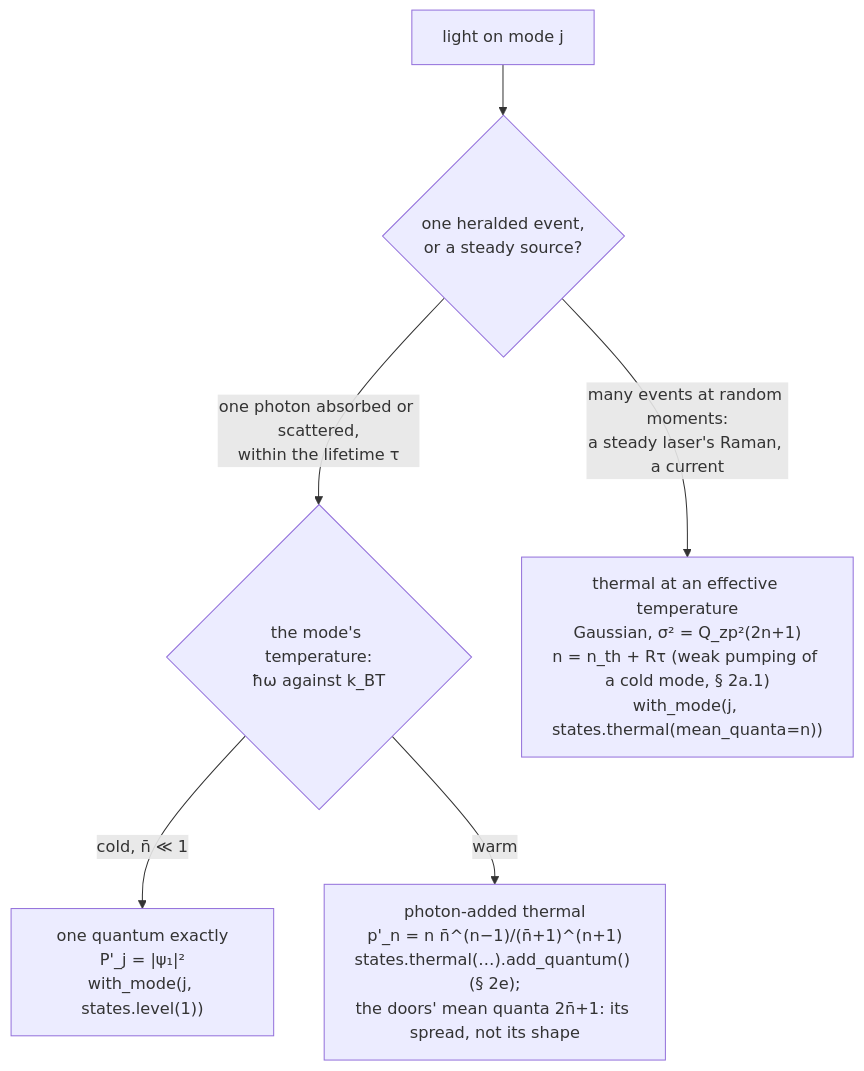
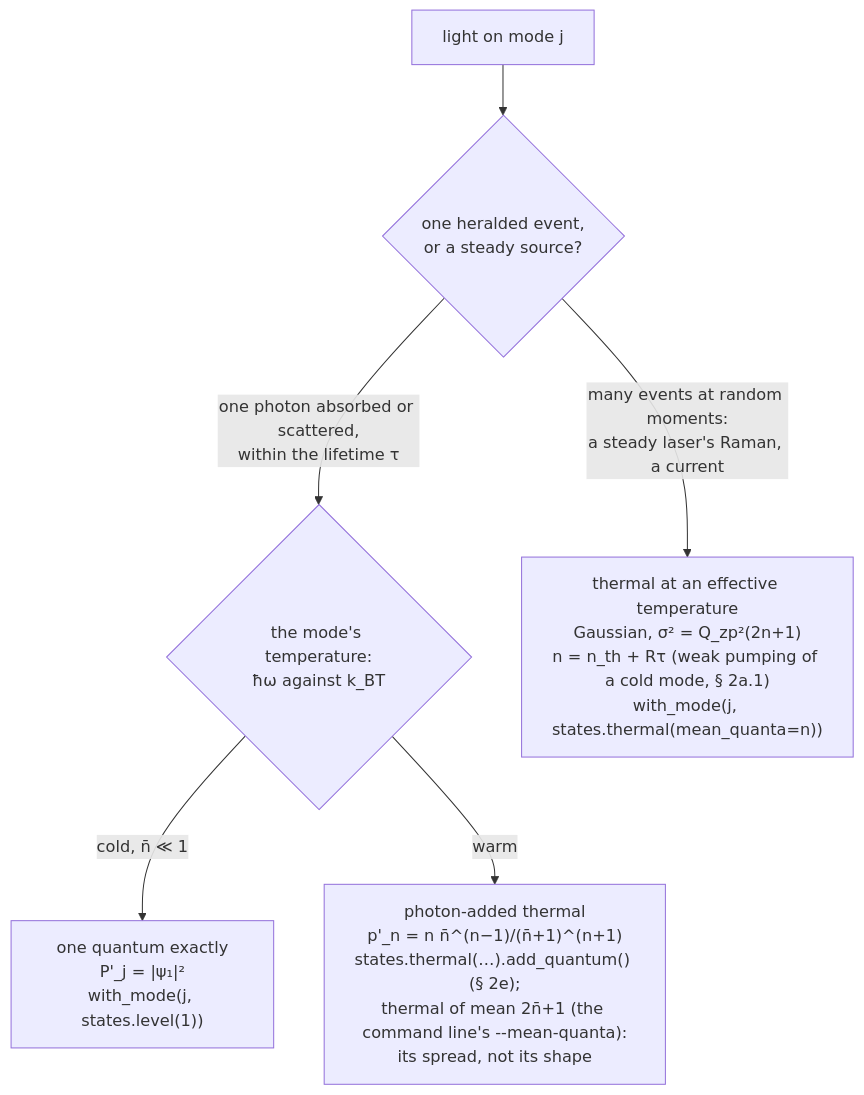
Before and after one commit to Qing-LAB/molbuilder: the fourth of 11 diagrams in docs/science/vibrational-averaging.md, drawn with Mermaid. The commit also changed other lines of this file and 53 other files, not shown here.

````diff
--- a/docs/science/vibrational-averaging.md
+++ b/docs/science/vibrational-averaging.md
@@ -1158,8 +1531,8 @@
 ```mermaid
 flowchart TD
     L["light on mode j"] --> H{"one heralded event,<br/>or a steady source?"}
     H -->|"one photon absorbed or scattered,<br/>within the lifetime τ"| W{"the mode's temperature:<br/>ħω against k_BT"}
     W -->|"cold, n̄ ≪ 1"| N1["one quantum exactly<br/>P'_j = |ψ₁|²<br/>with_mode(j, states.level(1))"]
-    W -->|"warm"| PA["photon-added thermal<br/>p'_n = n n̄^(n−1)/(n̄+1)^(n+1)<br/>states.thermal(…).add_quantum() (§ 2e);<br/>the doors' mean quanta 2n̄+1: its spread, not its shape"]
+    W -->|"warm"| PA["photon-added thermal<br/>p'_n = n n̄^(n−1)/(n̄+1)^(n+1)<br/>states.thermal(…).add_quantum() (§ 2e);<br/>thermal of mean 2n̄+1 (the command line's --mean-quanta):<br/>its spread, not its shape"]
     H -->|"many events at random moments:<br/>a steady laser's Raman, a current"| TE["thermal at an effective temperature<br/>Gaussian, σ² = Q_zp²(2n+1)<br/>n = n_th + Rτ (weak pumping of a cold mode, § 2a.1)<br/>with_mode(j, states.thermal(mean_quanta=n))"]
 ```
````
